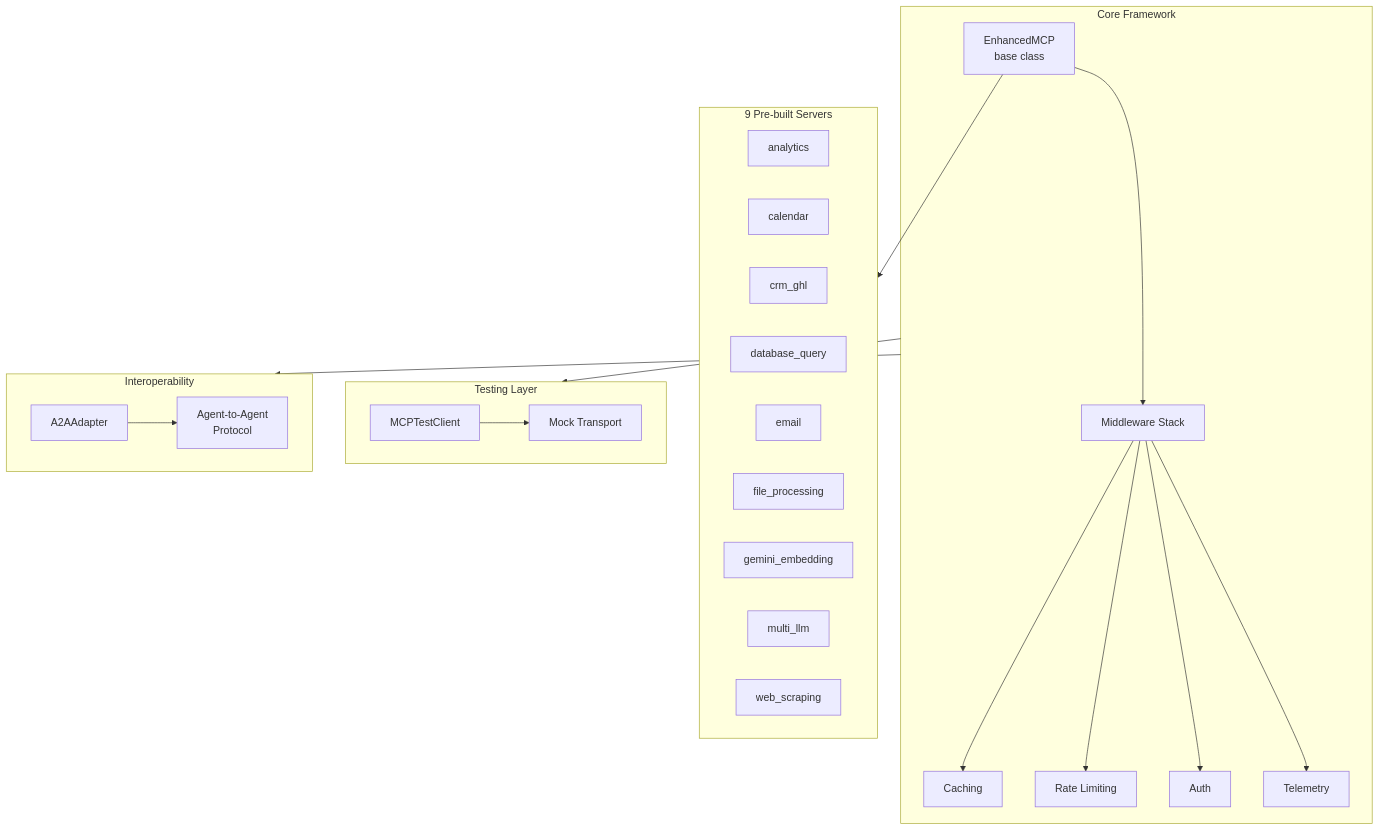
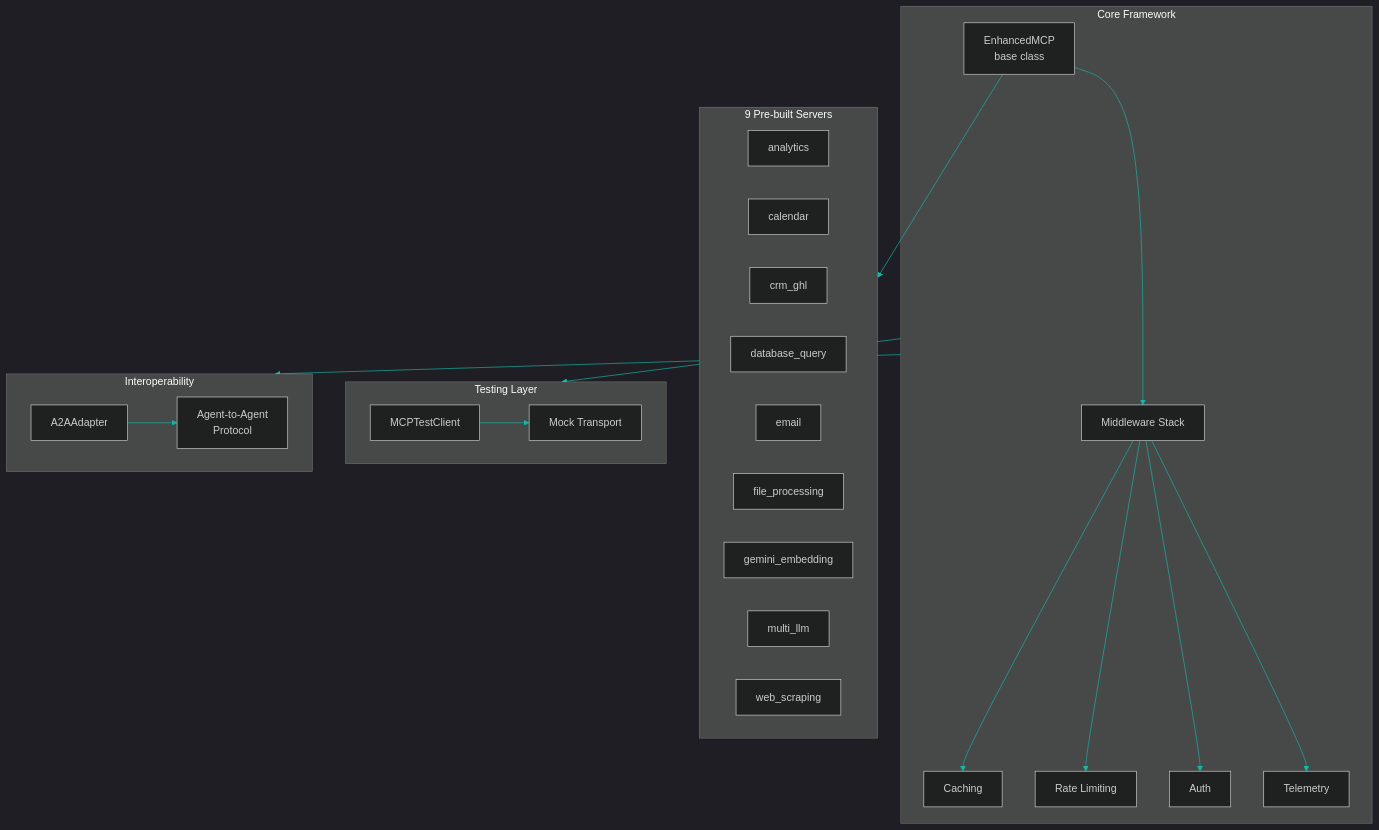
The diagram in README.md (ChunkyTortoise/mcp-server-toolkit), drawn with Mermaid before and after one commit. The commit also changed other lines of this file, not shown here.

Commit message:
docs: apply Protocol Teal badge colors and Mermaid theme

````diff
--- a/README.md
+++ b/README.md
@@ -370,40 +370,41 @@
 ```mermaid
+%%{init: {'theme': 'dark', 'themeVariables': {'primaryColor': '#14B8A6', 'primaryBorderColor': '#0D9488', 'primaryTextColor': '#E2E8F0', 'lineColor': '#14B8A6'}}}%%
 graph TB
     subgraph Core["Core Framework"]
         EM[EnhancedMCP<br/>base class]
         MW[Middleware Stack]
         EM --> MW
         MW --> CA[Caching]
         MW --> RL[Rate Limiting]
         MW --> AU[Auth]
         MW --> TE[Telemetry]
     end
 
     subgraph Servers["9 Pre-built Servers"]
         S1[analytics]
         S2[calendar]
         S3[crm_ghl]
         S4[database_query]
         S5[email]
         S6[file_processing]
         S7[gemini_embedding]
         S8[multi_llm]
         S9[web_scraping]
     end
 
     subgraph Testing["Testing Layer"]
         TC[MCPTestClient]
         MT[Mock Transport]
         TC --> MT
     end
 
     subgraph Interop["Interoperability"]
         A2A[A2AAdapter]
         AG[Agent-to-Agent<br/>Protocol]
         A2A --> AG
     end
 
     EM --> Servers
     Core --> Testing
     Core --> Interop
 ```
````
